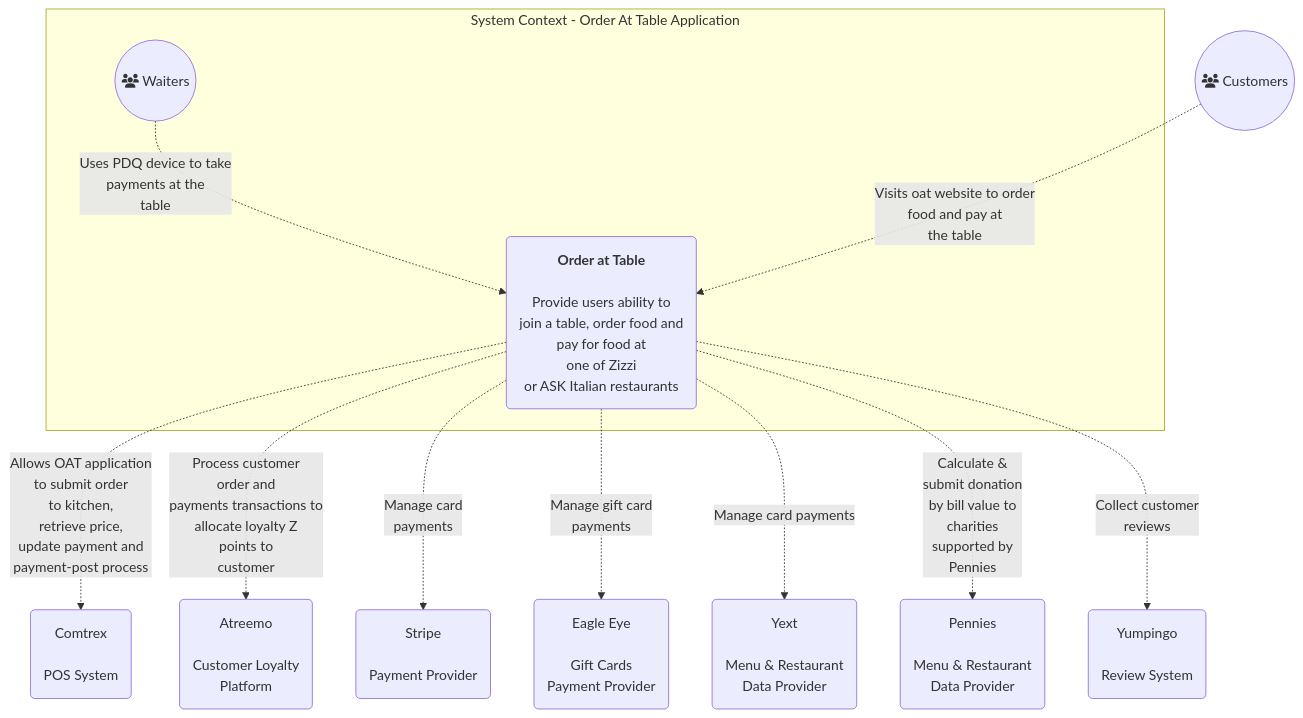
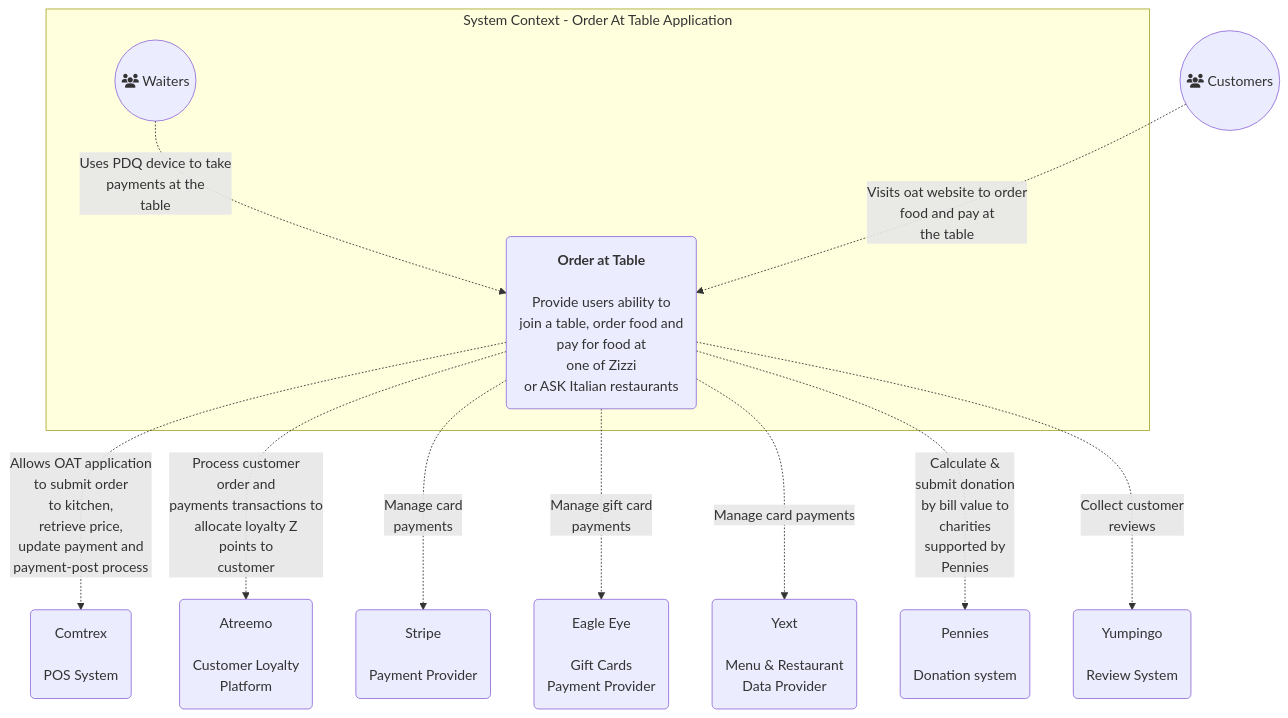
One commit to anandakumarpalanisamy/css-recipes changed the first of 6 diagrams in README.md. Above: the diagram before and after it, drawn with Mermaid. The commit also changed other lines of this file, not shown here.

````diff
--- a/README.md
+++ b/README.md
@@ -3,16 +3,16 @@
 ```mermaid
 %%{init: {'theme':'base','themeVariables': { 'lineColor': '#ffffff', }}}%%
 graph TB
     subgraph SystemContext [System Context - Order At Table Application]
     Waiter((fa:fa-users Waiters)) -. "Uses PDQ device to take<br/>payments at the<br/>table" .-> OAT(<strong>Order at Table</strong><br/><br/>Provide users ability to<br/>join a table, order food and <br/>pay for food at<br/>one of Zizzi<br/>or ASK Italian restaurants )
     end
 
     Customer((fa:fa-users Customers)) -. "Visits oat website to order<br/>food and pay at<br/> the table" .-> OAT
     OAT -. "Allows OAT application<br/> to submit order<br/> to kitchen,<br/> retrieve price,<br/> update payment and<br/> payment-post process" .-> Comtrex(Comtrex<br/></br/>POS System)
     OAT-. "Process customer<br/> order and<br/> payments transactions to<br/> allocate loyalty Z<br/> points to<br/> customer" .-> Atreemo(Atreemo <br/><br/> Customer Loyalty <br/> Platform)
     OAT -. "Manage card<br/> payments" .-> Stripe(Stripe <br/><br/> Payment Provider)
     OAT -. "Manage gift card<br/> payments" .-> EagleEye(Eagle Eye <br/><br/> Gift Cards<br/> Payment Provider)
     OAT -. "Manage card payments" .-> Yext(Yext <br/><br/> Menu & Restaurant<br> Data Provider)
-    OAT -. "Calculate &<br/> submit donation<br/> by bill value to<br/> charities<br/> supported by<br/> Pennies" .-> Pennies(Pennies <br/><br/> Menu & Restaurant<br> Data Provider)
+    OAT -. "Calculate &<br/> submit donation<br/> by bill value to<br/> charities<br/> supported by<br/> Pennies" .-> Pennies(Pennies <br/><br/> Donation system)
     OAT -. "Collect customer<br/> reviews" .-> Yumpingo(Yumpingo <br/><br/> Review System)
 ```
````
